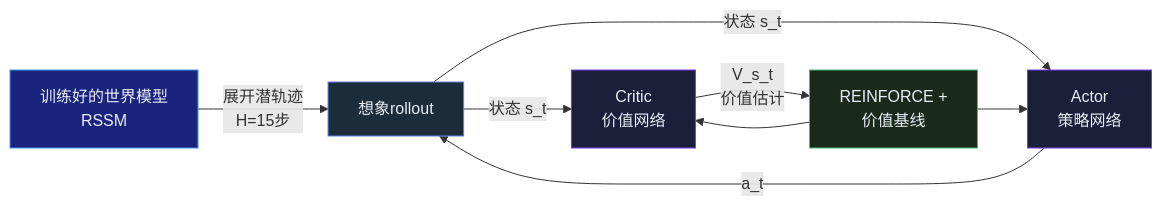
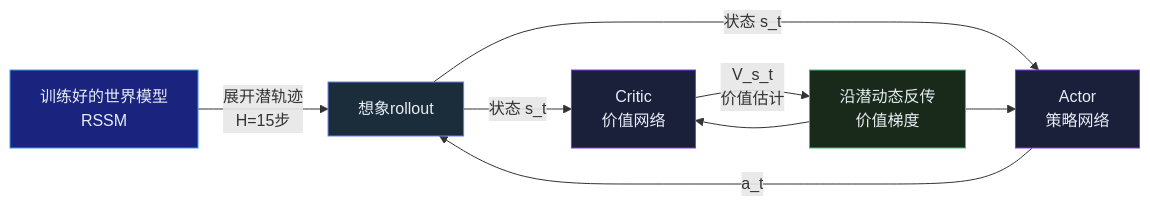
The third of 5 diagrams in _posts/2026-06-21-world-models-dreamer-evolution.md (YangCazz/YangCazz.github.io), drawn with Mermaid before and after one commit. The commit also changed other lines of this file and 158 other files, not shown here.

````diff
--- a/_posts/2026-06-21-world-models-dreamer-evolution.md
+++ b/_posts/2026-06-21-world-models-dreamer-evolution.md
@@ -211,16 +221,16 @@
 ```mermaid
 graph LR
     WM[训练好的世界模型<br/>RSSM] -->|展开潜轨迹<br/>H=15步| Imag[想象rollout]
     Imag -->|状态 s_t| Actor[Actor<br/>策略网络]
     Imag -->|状态 s_t| Critic[Critic<br/>价值网络]
     Actor -->|a_t| Imag
-    Critic -->|V_s_t<br/>价值估计| Update[REINFORCE +<br/>价值基线]
+    Critic -->|V_s_t<br/>价值估计| Update[沿潜动态反传<br/>价值梯度]
     Update --> Actor
     Update --> Critic
 
     style WM fill:#1a237e,stroke:#4299e1,color:#e8edf5
     style Imag fill:#1b2d3a,stroke:#667eea,color:#e8edf5
     style Actor fill:#1a1f3a,stroke:#7c3aed,color:#e8edf5
     style Critic fill:#1a1f3a,stroke:#7c3aed,color:#e8edf5
     style Update fill:#1a2a1a,stroke:#48bb78,color:#e8edf5
 ```
````
